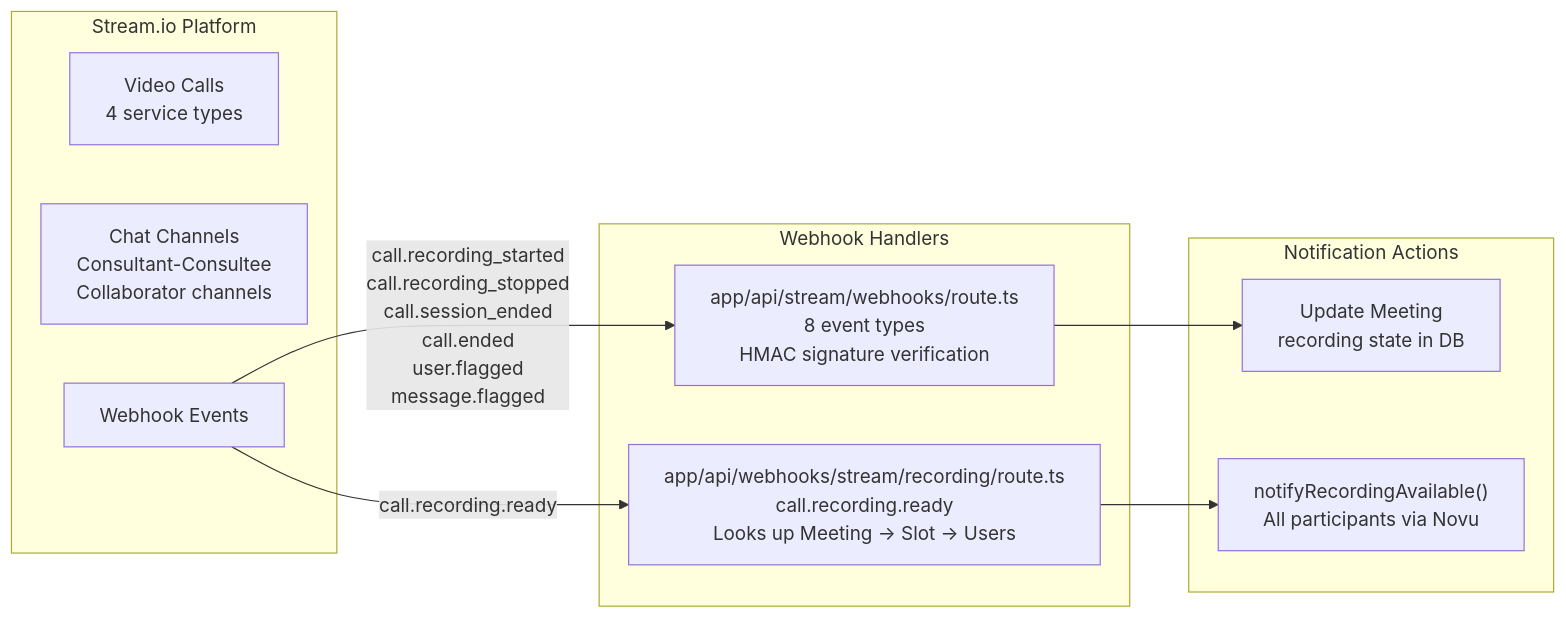
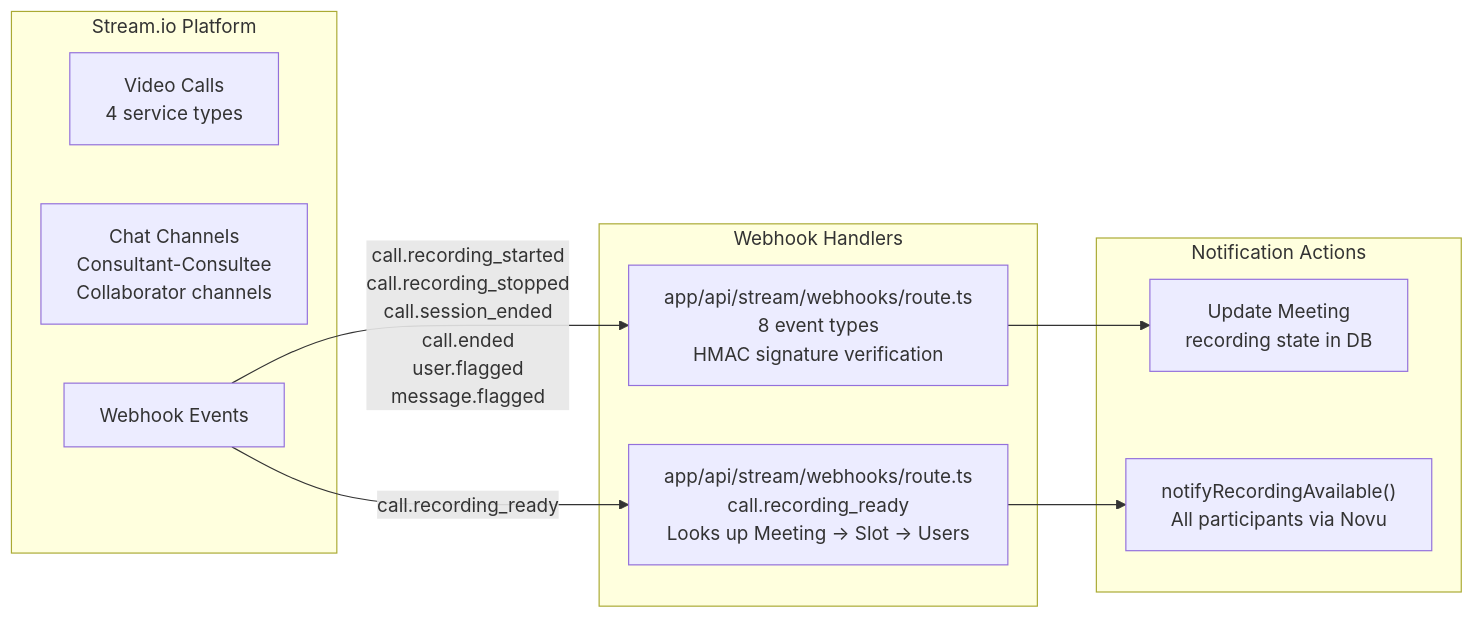
The third of 5 diagrams in docs/notifications/04-ecosystem-architecture.md (Practitionist/familiarise_web), drawn with Mermaid before and after one commit. The commit also changed other lines of this file and 19 other files, not shown here.

````diff
--- a/docs/notifications/04-ecosystem-architecture.md
+++ b/docs/notifications/04-ecosystem-architecture.md
@@ -355,23 +355,23 @@
 ```mermaid
 flowchart LR
     subgraph STREAM["Stream.io Platform"]
         S1["Video Calls\n4 service types"]
         S2["Chat Channels\nConsultant-Consultee\nCollaborator channels"]
         S3["Webhook Events"]
     end
 
     subgraph HANDLERS["Webhook Handlers"]
         H1["app/api/stream/webhooks/route.ts\n8 event types\nHMAC signature verification"]
-        H2["app/api/webhooks/stream/recording/route.ts\ncall.recording.ready\nLooks up Meeting → Slot → Users"]
+        H2["app/api/stream/webhooks/route.ts\ncall.recording_ready\nLooks up Meeting → Slot → Users"]
     end
 
     subgraph ACTIONS["Notification Actions"]
         A1["Update Meeting\nrecording state in DB"]
         A2["notifyRecordingAvailable()\nAll participants via Novu"]
     end
 
     S3 -->|"call.recording_started\ncall.recording_stopped\ncall.session_ended\ncall.ended\nuser.flagged\nmessage.flagged"| H1
-    S3 -->|"call.recording.ready"| H2
+    S3 -->|"call.recording_ready"| H2
     H1 --> A1
     H2 --> A2
 ```
````
